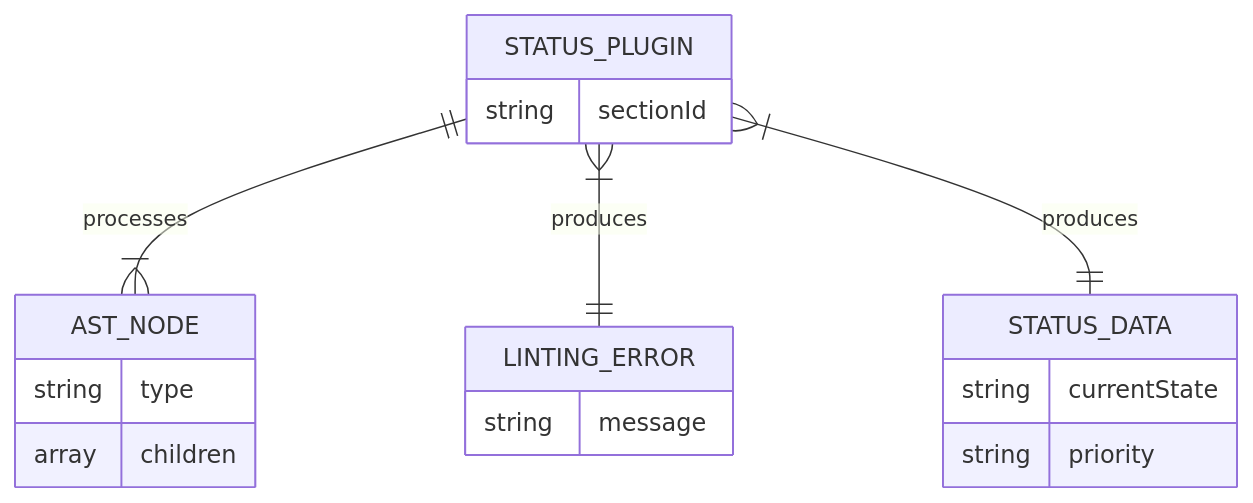
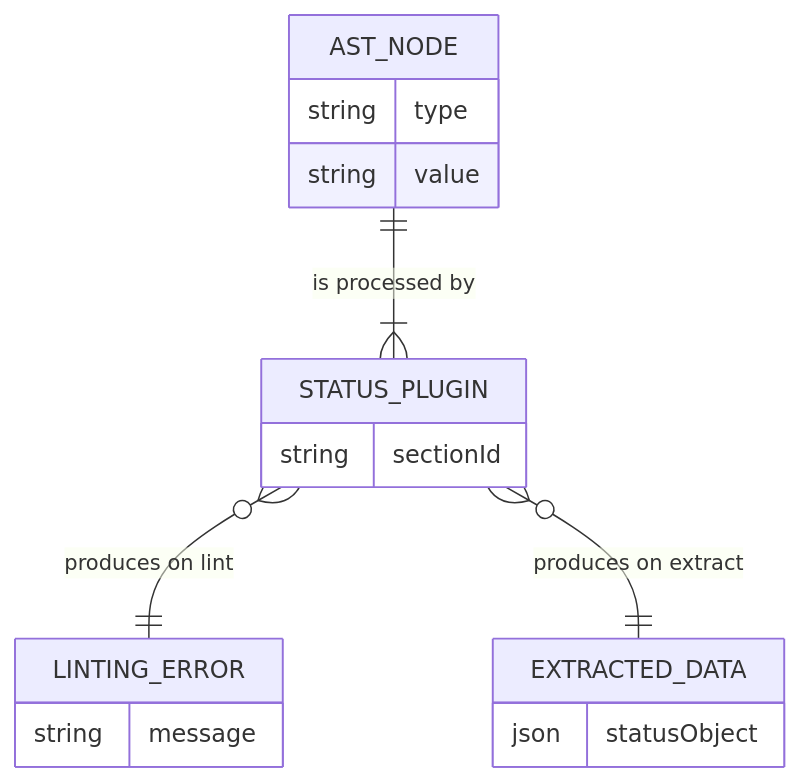
One commit to livelifelively/documentation-driven-development-tools changed the first of 4 diagrams in docs/requirements/p1-p5.t19-poc-plugin-status.task.md. Above: the diagram before and after it, drawn with Mermaid. The commit also changed other lines of this file and 3 other files, not shown here.

````diff
--- a/docs/requirements/p1-p5.t19-poc-plugin-status.task.md
+++ b/docs/requirements/p1-p5.t19-poc-plugin-status.task.md
@@ -59,21 +61,20 @@
 ```mermaid
 erDiagram
+    AST_NODE {
+        string type
+        string value
+    }
     STATUS_PLUGIN {
         string sectionId
-    }
-    AST_NODE {
-        string type
-        array children
     }
     LINTING_ERROR {
         string message
     }
-    STATUS_DATA {
-        string currentState
-        string priority
+    EXTRACTED_DATA {
+        json statusObject
     }
 
-    STATUS_PLUGIN ||--|{ AST_NODE : "processes"
-    STATUS_PLUGIN }|--|| LINTING_ERROR : "produces"
-    STATUS_PLUGIN }|--|| STATUS_DATA : "produces"
+    AST_NODE ||--|{ STATUS_PLUGIN : "is processed by"
+    STATUS_PLUGIN }o--|| LINTING_ERROR : "produces on lint"
+    STATUS_PLUGIN }o--|| EXTRACTED_DATA : "produces on extract"
 ```
````
